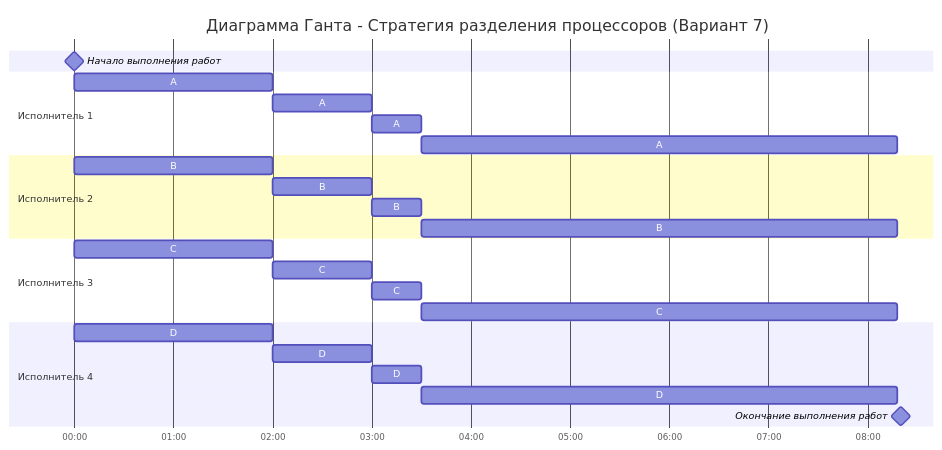
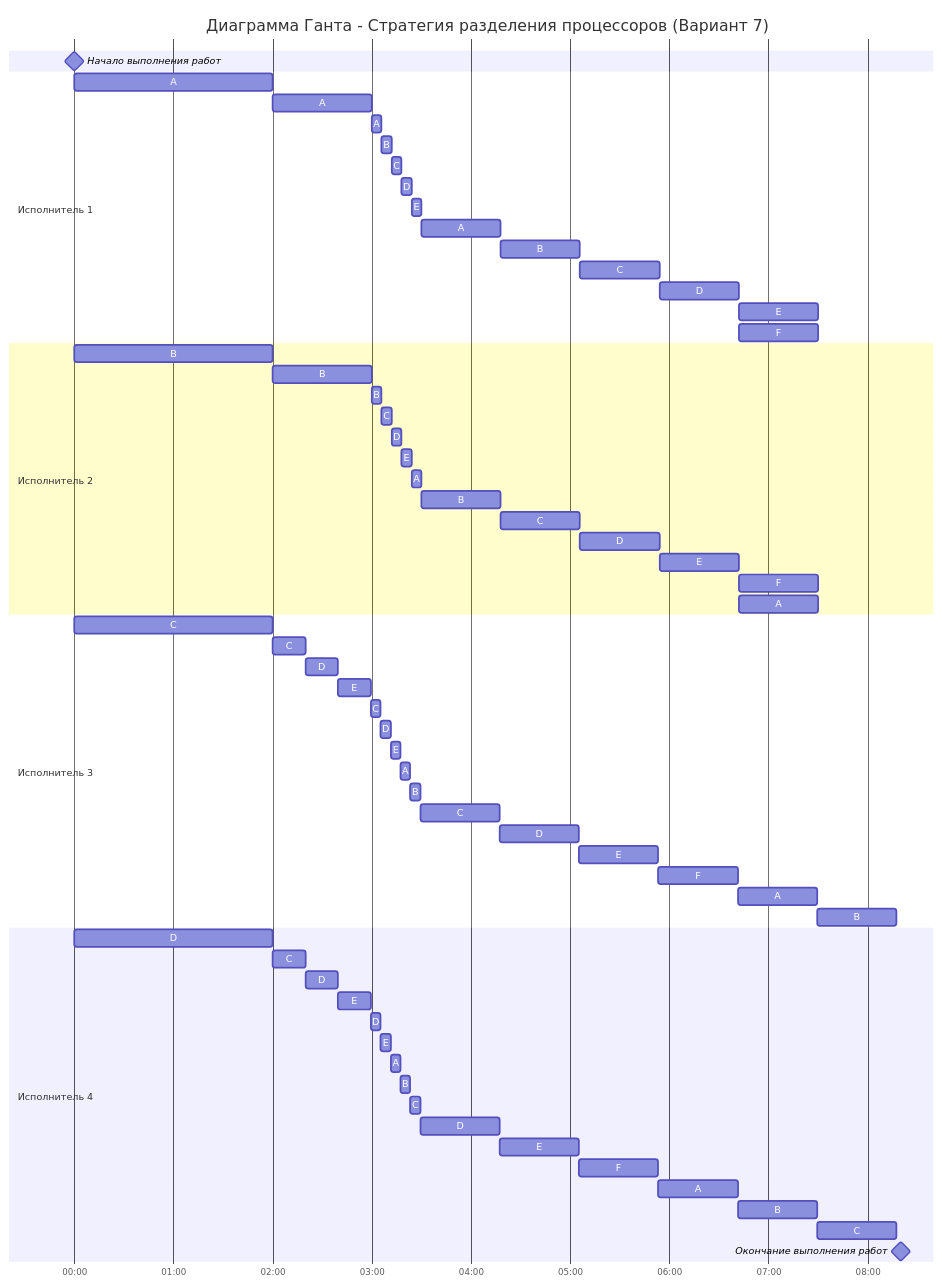
One commit to algos-ris-24-5/manual-tasks changed the diagram in Задание 5/Seeyahh.md. Above: the diagram before and after it, drawn with Mermaid.

````diff
--- a/Задание 5/Seeyahh.md
+++ b/Задание 5/Seeyahh.md
@@ -266,33 +266,73 @@
 ```mermaid
 gantt
     title Диаграмма Ганта - Стратегия разделения процессоров (Вариант 7)
     dateFormat DD HH:mm    
     axisFormat %H:%M
     Начало выполнения работ : milestone, m1, 01 00:00, 0h
 
     section Исполнитель 1
     A :a1, 01 00:00, 2h
     A :a2, after a1, 1h
-    A :a3, after a2, 0.5h
-    A :a4, after a3, 4.8h
+    A :a3, after a2, 0.1h
+    B :a4, after a3, 0.1h
+    C :a5, after a4, 0.1h
+    D :a6, after a5, 0.1h
+    E :a7, after a6, 0.1h
+    A :a8, after a7, 0.8h
+    B :a9, after a8, 0.8h
+    C :a10, after a9, 0.8h
+    D :a11, after a10, 0.8h
+    E :a12, after a11, 0.8h
+    F :a13, after a11, 0.8h
 
     section Исполнитель 2
     B :b1, 01 00:00, 2h
     B :b2, after b1, 1h
-    B :b3, after b2, 0.5h
-    B :b4, after b3, 4.8h
+    B :b3, after b2, 0.1h
+    C :b4, after b3, 0.1h
+    D :b5, after b4, 0.1h
+    E :b6, after b5, 0.1h
+    A :b7, after b6, 0.1h
+    B :b8, after b7, 0.8h
+    C :b9, after b8, 0.8h
+    D :b10, after b9, 0.8h
+    E :b11, after b10, 0.8h
+    F :b12, after b11, 0.8h
+    A :b13, after b11, 0.8h
 
     section Исполнитель 3
     C :c1, 01 00:00, 2h
-    C :c2, after c1, 1h
-    C :c3, after c2, 0.5h
-    C :c4, after c3, 4.8h
+    C :c2, after c1, 0.33h
+    D :c3, after c2, 0.33h
+    E :c4, after c3, 0.33h
+    C :c5, after c4, 0.1h
+    D :c6, after c5, 0.1h
+    E :c7, after c6, 0.1h
+    A :c8, after c7, 0.1h
+    B :c9, after c8, 0.1h
+    C :c10, after c9, 0.8h
+    D :c11, after c10, 0.8h
+    E :c12, after c11, 0.8h
+    F :c13, after c12, 0.8h
+    A :c14, after c13, 0.8h
+    B :c15, after c14, 0.8h
 
     section Исполнитель 4
     D :d1, 01 00:00, 2h
-    D :d2, after d1, 1h
-    D :d3, after d2, 0.5h
-    D :d4, after d3, 4.8h
+    C :d2, after d1, 0.33h
+    D :d3, after d2, 0.33h
+    E :d4, after d3, 0.33h
+    D :d5, after d4, 0.1h
+    E :d6, after d5, 0.1h
+    A :d7, after d6, 0.1h
+    B :d8, after d7, 0.1h
+    C :d9, after d8, 0.1h
+    D :d10, after d9, 0.8h
+    E :d11, after d10, 0.8h
+    F :d12, after d11, 0.8h
+    A :d13, after d12, 0.8h
+    B :d14, after d13, 0.8h
+    C :d15, after d14, 0.8h
 
     Окончание выполнения работ : milestone, m2, 01 08:20, 0h
 ```
````
